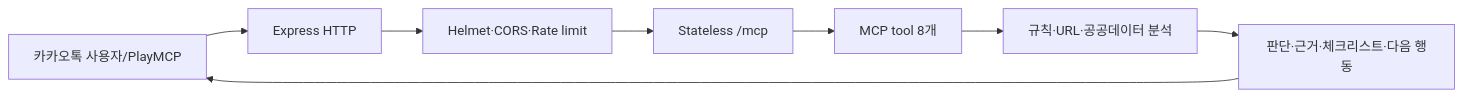
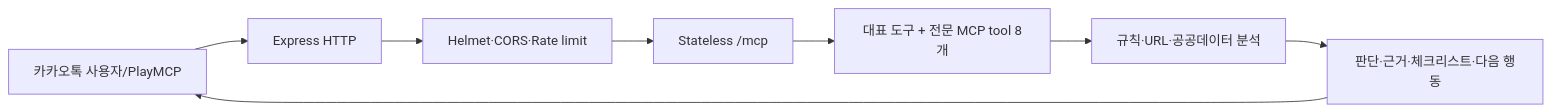
Before and after one commit to jiwon-5570/talk-safeguard-mcp: the first of 2 diagrams in ARCHITECTURE.md, drawn with Mermaid. The commit also changed other lines of this file and 17 other files, not shown here.

````diff
--- a/ARCHITECTURE.md
+++ b/ARCHITECTURE.md
@@ -5,10 +5,10 @@
 ```mermaid
 flowchart LR
   U[카카오톡 사용자/PlayMCP] --> H[Express HTTP]
   H --> S[Helmet·CORS·Rate limit]
   S --> M[Stateless /mcp]
-  M --> R[MCP tool 8개]
+  M --> R[대표 도구 + 전문 MCP tool 8개]
   R --> E[규칙·URL·공공데이터 분석]
   E --> A[판단·근거·체크리스트·다음 행동]
   A --> U
 ```
````
